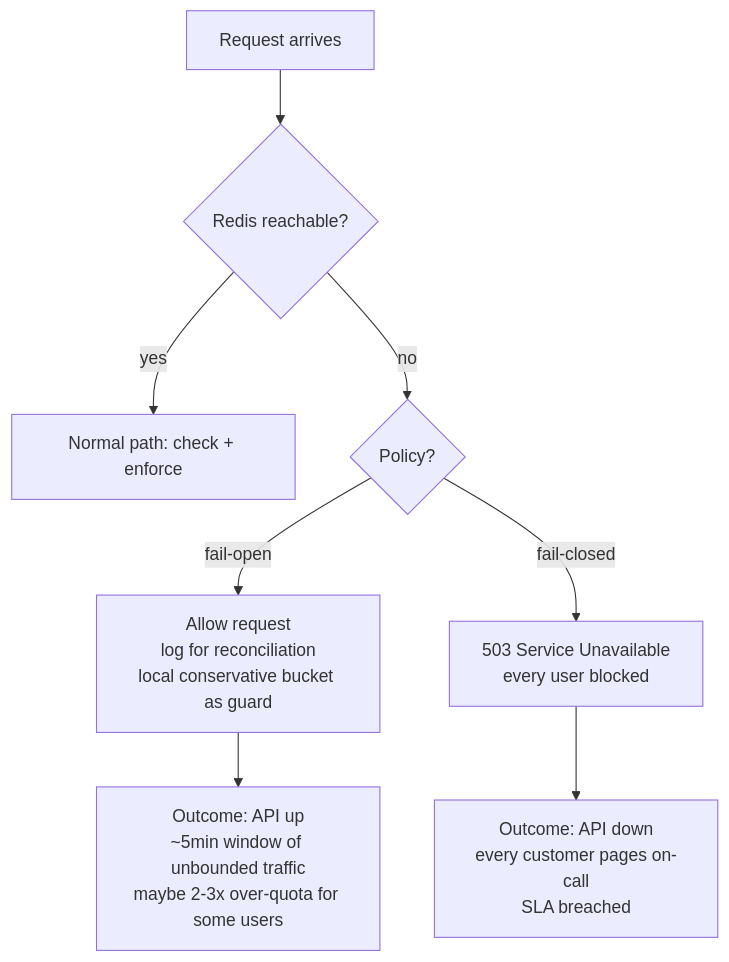
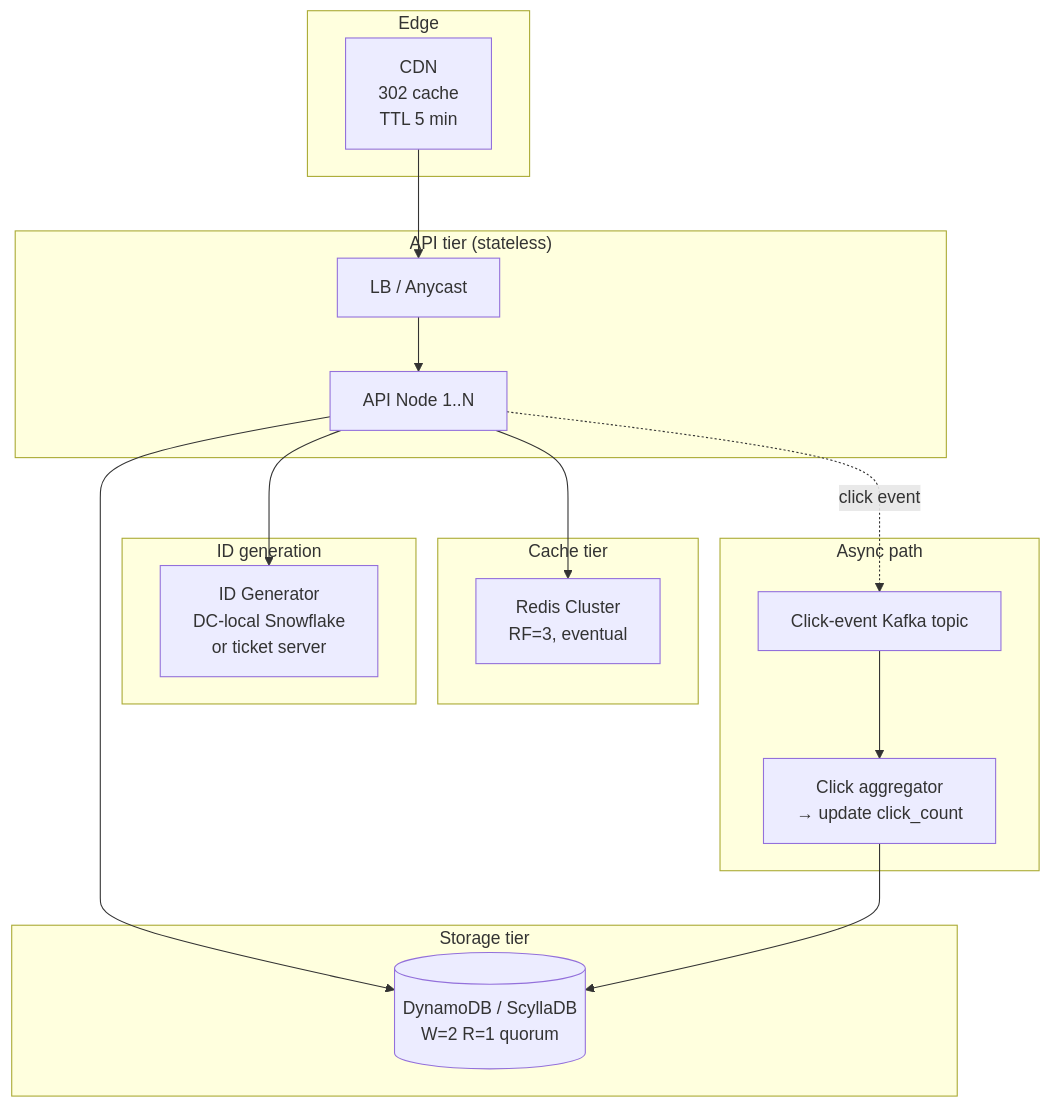
Before and after one commit to Abhi-Gautam/systems-learning-lab: the sixth of 6 diagrams in Notes/hld-notes.md, drawn with Mermaid. The commit also changed other lines of this file and 45 other files, not shown here.

````diff
--- a/Notes/hld-notes.md
+++ b/Notes/hld-notes.md
@@ -1464,10 +1008,35 @@
 ```mermaid
-flowchart TD
-    R[Request arrives] --> C{Redis reachable?}
-    C -- yes --> N[Normal path: check + enforce]
-    C -- no --> P{Policy?}
-    P -- fail-open --> A[Allow request<br/>log for reconciliation<br/>local conservative bucket as guard]
-    P -- fail-closed --> D[503 Service Unavailable<br/>every user blocked]
-    A --> M[Outcome: API up<br/>~5min window of unbounded traffic<br/>maybe 2-3x over-quota for some users]
-    D --> O[Outcome: API down<br/>every customer pages on-call<br/>SLA breached]
+flowchart TB
+    subgraph Edge
+        CDN[CDN<br/>302 cache<br/>TTL 5 min]
+    end
+
+    subgraph "API tier (stateless)"
+        LB[LB / Anycast]
+        API1[API Node 1..N]
+    end
+
+    subgraph "Cache tier"
+        RC[Redis Cluster<br/>RF=3, eventual]
+    end
+
+    subgraph "Storage tier"
+        KV[(DynamoDB / ScyllaDB<br/>W=2 R=1 quorum)]
+    end
+
+    subgraph "ID generation"
+        ID[ID Generator<br/>DC-local Snowflake<br/>or ticket server]
+    end
+
+    subgraph "Async path"
+        K[Click-event Kafka topic]
+        AGG[Click aggregator<br/>→ update click_count]
+    end
+
+    CDN --> LB --> API1
+    API1 --> RC
+    API1 --> KV
+    API1 --> ID
+    API1 -. click event .-> K
+    K --> AGG --> KV
 ```
````
